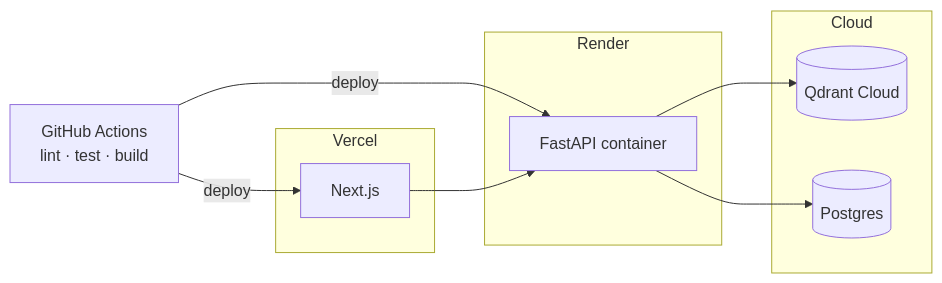
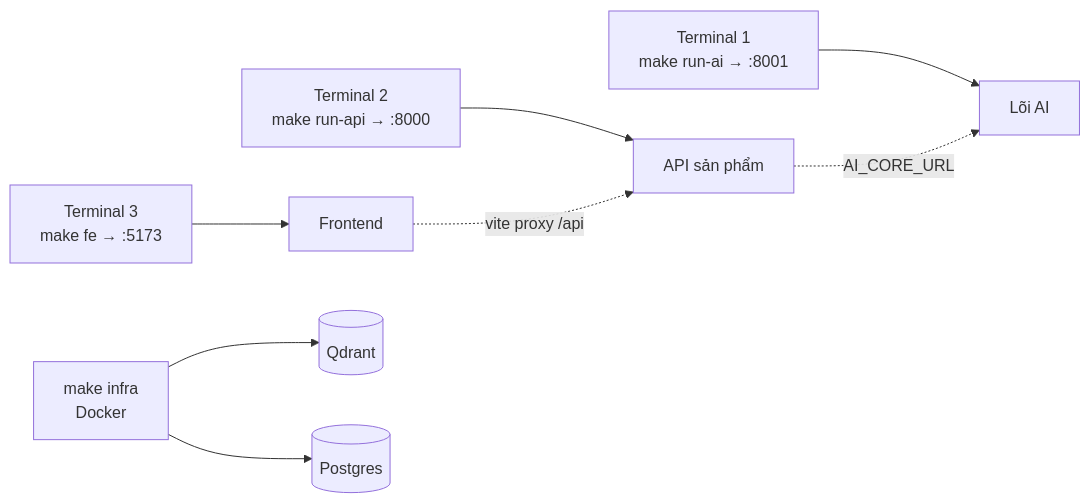
Before and after one commit to DQHuyyyyy/Sale_mate: the fifth of 5 diagrams in docs/architecture_diagram.md, drawn with Mermaid. The commit also changed other lines of this file and 4 other files, not shown here.

````diff
--- a/docs/architecture_diagram.md
+++ b/docs/architecture_diagram.md
@@ -128,18 +162,10 @@
 ```mermaid
 graph LR
-    subgraph Vercel
-        FE["Next.js"]
-    end
-    subgraph Render
-        BE["FastAPI container"]
-    end
-    subgraph Cloud
-        Q[("Qdrant Cloud")]
-        P[("Postgres")]
-    end
-    GH["GitHub Actions<br/>lint · test · build"] -->|deploy| BE
-    GH -->|deploy| FE
-    FE --> BE
-    BE --> Q
-    BE --> P
+    T1["Terminal 1<br/>make run-ai → :8001"] --> AICore["Lõi AI"]
+    T2["Terminal 2<br/>make run-api → :8000"] --> API["API sản phẩm"]
+    T3["Terminal 3<br/>make fe → :5173"] --> FE["Frontend"]
+    T4["make infra<br/>Docker"] --> Q[("Qdrant")]
+    T4 --> P[("Postgres")]
+    API -.->|AI_CORE_URL| AICore
+    FE -.->|vite proxy /api| API
 ```
````
